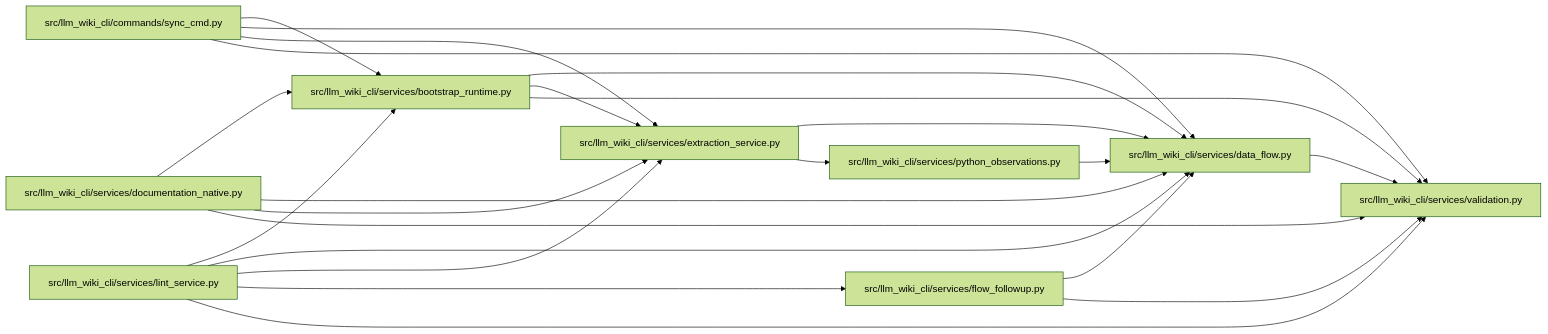
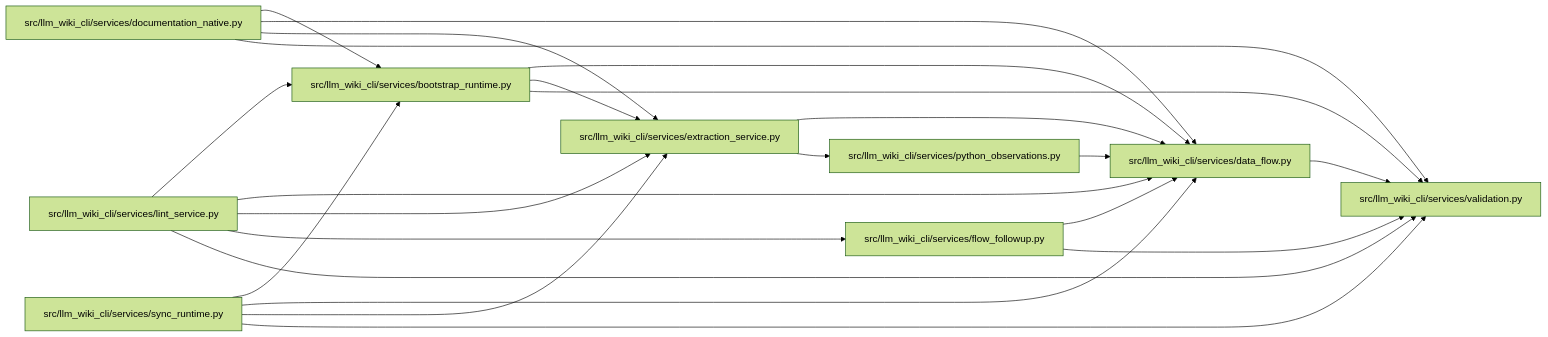
Before and after one commit to Denissvgn/python-wiki-llm: the diagram in docs/llm_wiki/modules/data_flow.md, drawn with Mermaid (forest theme). The commit also changed other lines of this file and 1555 other files, not shown here.

````diff
--- a/docs/llm_wiki/modules/data_flow.md
+++ b/docs/llm_wiki/modules/data_flow.md
@@ -26,43 +26,43 @@
 ```mermaid
 flowchart LR
-    n0["src/llm_wiki_cli/commands/sync_cmd.py"]
-    n1["src/llm_wiki_cli/services/bootstrap_runtime.py"]
-    n2["src/llm_wiki_cli/services/data_flow.py"]
-    n3["src/llm_wiki_cli/services/documentation_native.py"]
-    n4["src/llm_wiki_cli/services/extraction_service.py"]
-    n5["src/llm_wiki_cli/services/flow_followup.py"]
-    n6["src/llm_wiki_cli/services/lint_service.py"]
-    n7["src/llm_wiki_cli/services/python_observations.py"]
+    n0["src/llm_wiki_cli/services/bootstrap_runtime.py"]
+    n1["src/llm_wiki_cli/services/data_flow.py"]
+    n2["src/llm_wiki_cli/services/documentation_native.py"]
+    n3["src/llm_wiki_cli/services/extraction_service.py"]
+    n4["src/llm_wiki_cli/services/flow_followup.py"]
+    n5["src/llm_wiki_cli/services/lint_service.py"]
+    n6["src/llm_wiki_cli/services/python_observations.py"]
+    n7["src/llm_wiki_cli/services/sync_runtime.py"]
     n8["src/llm_wiki_cli/services/validation.py"]
     n0 --> n1
-    n0 --> n2
-    n0 --> n4
+    n0 --> n3
     n0 --> n8
-    n1 --> n2
-    n1 --> n4
     n1 --> n8
+    n2 --> n0
+    n2 --> n1
+    n2 --> n3
     n2 --> n8
     n3 --> n1
-    n3 --> n2
-    n3 --> n4
-    n3 --> n8
-    n4 --> n2
-    n4 --> n7
-    n5 --> n2
+    n3 --> n6
+    n4 --> n1
+    n4 --> n8
+    n5 --> n0
+    n5 --> n1
+    n5 --> n3
+    n5 --> n4
     n5 --> n8
     n6 --> n1
-    n6 --> n2
-    n6 --> n4
-    n6 --> n5
-    n6 --> n8
-    n7 --> n2
-    click n0 "../modules/sync_cmd.md"
-    click n1 "../modules/bootstrap_runtime.md"
-    click n2 "../modules/data_flow.md"
-    click n3 "../modules/documentation_native.md"
-    click n4 "../modules/extraction_service.md"
-    click n5 "../modules/flow_followup.md"
-    click n6 "../modules/lint_service.md"
-    click n7 "../modules/python_observations.md"
+    n7 --> n0
+    n7 --> n1
+    n7 --> n3
+    n7 --> n8
+    click n0 "../modules/bootstrap_runtime.md"
+    click n1 "../modules/data_flow.md"
+    click n2 "../modules/documentation_native.md"
+    click n3 "../modules/extraction_service.md"
+    click n4 "../modules/flow_followup.md"
+    click n5 "../modules/lint_service.md"
+    click n6 "../modules/python_observations.md"
+    click n7 "../modules/sync_runtime.md"
     click n8 "../modules/validation.md"
 ```
````
